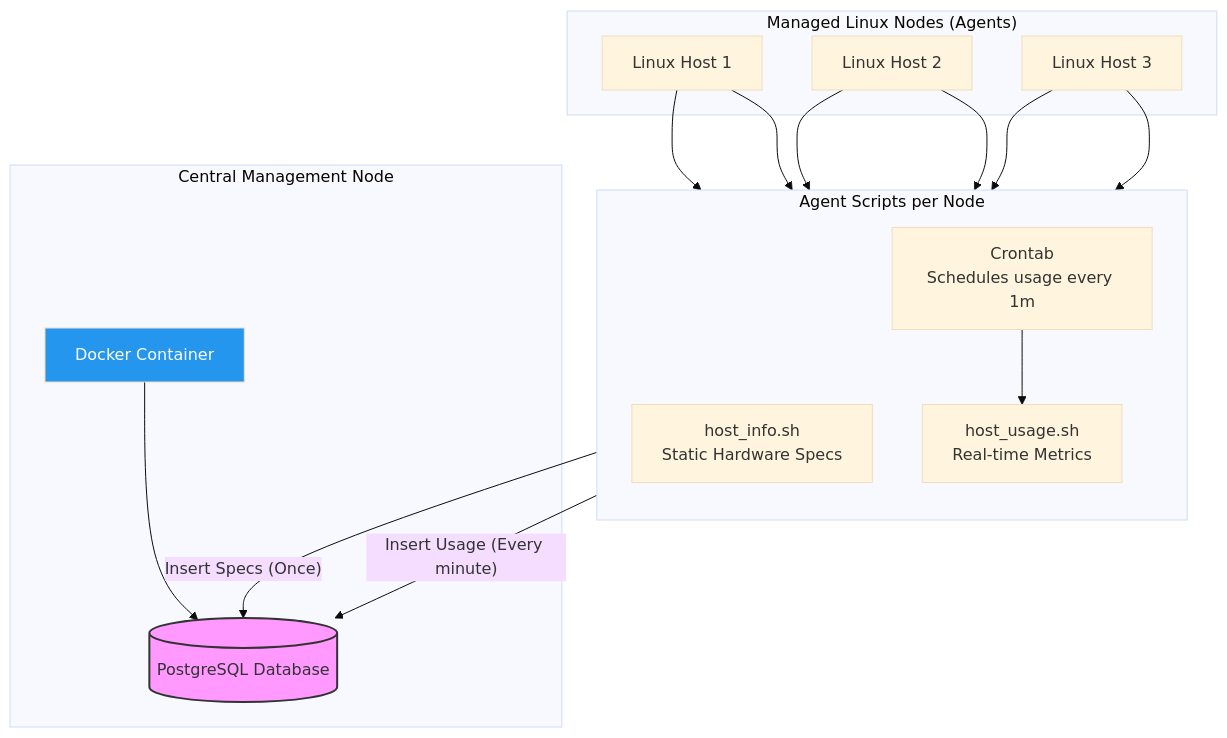
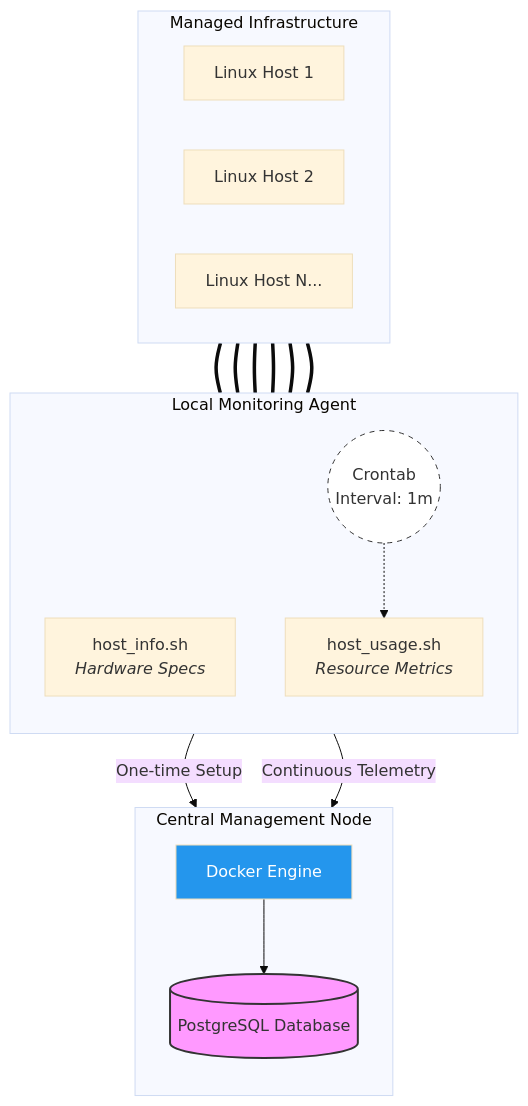
Before and after one commit to jarviscanada/jarvis_data_eng_SumikshTrehan: the diagram in linux_sql/README.md, drawn with Mermaid (base theme).

Commit message:
docs(readme): modified architecture diagram for project

````diff
--- a/linux_sql/README.md
+++ b/linux_sql/README.md
@@ -69,32 +42,38 @@
 ```mermaid
-graph TD
-    subgraph "Managed Linux Nodes (Agents)"
+graph TB
+
+    subgraph "Managed Infrastructure"
+        direction LR
         Node1[Linux Host 1]
         Node2[Linux Host 2]
-        Node3[Linux Host 3]
+        NodeN[Linux Host N...]
     end
 
-    subgraph "Agent Scripts per Node"
+    subgraph "Local Monitoring Agent"
         direction TB
-        A1[host_info.sh<br/>Static Hardware Specs]
-        A2[host_usage.sh<br/>Real-time Metrics]
-        CRON[Crontab<br/>Schedules usage every 1m]
+        Info[host_info.sh<br/><i>Hardware Specs</i>]
+        Usage[host_usage.sh<br/><i>Resource Metrics</i>]
+        Cron((Crontab<br/>Interval: 1m))
+        
+        Cron -.-> Usage
     end
 
     subgraph "Central Management Node"
-        DOCKER[Docker Container]
+        direction TB
+        Docker[Docker Engine]
         DB[(PostgreSQL Database)]
-        DOCKER --> DB
+        Docker --> DB
     end
 
-    %% Connections
-    Node1 & Node2 & Node3 --> A1
-    Node1 & Node2 & Node3 --> A2
-    CRON --> A2
-    
-    A1 -- "Insert Specs (Once)" --> DB
-    A2 -- "Insert Usage (Every minute)" --> DB
+    %% Data Flow
+    Node1 & Node2 & NodeN === Info
+    Node1 & Node2 & NodeN === Usage
 
+    Info -- "One-time Setup" --> DB
+    Usage -- "Continuous Telemetry" --> DB
+
+    %% Styling
     style DB fill:#f9f,stroke:#333,stroke-width:2px
-    style DOCKER fill:#2496ed,color:#fff
+    style Docker fill:#2496ed,color:#fff
+    style Cron fill:#fff,stroke:#333,stroke-dasharray: 5 5
 ```
````
